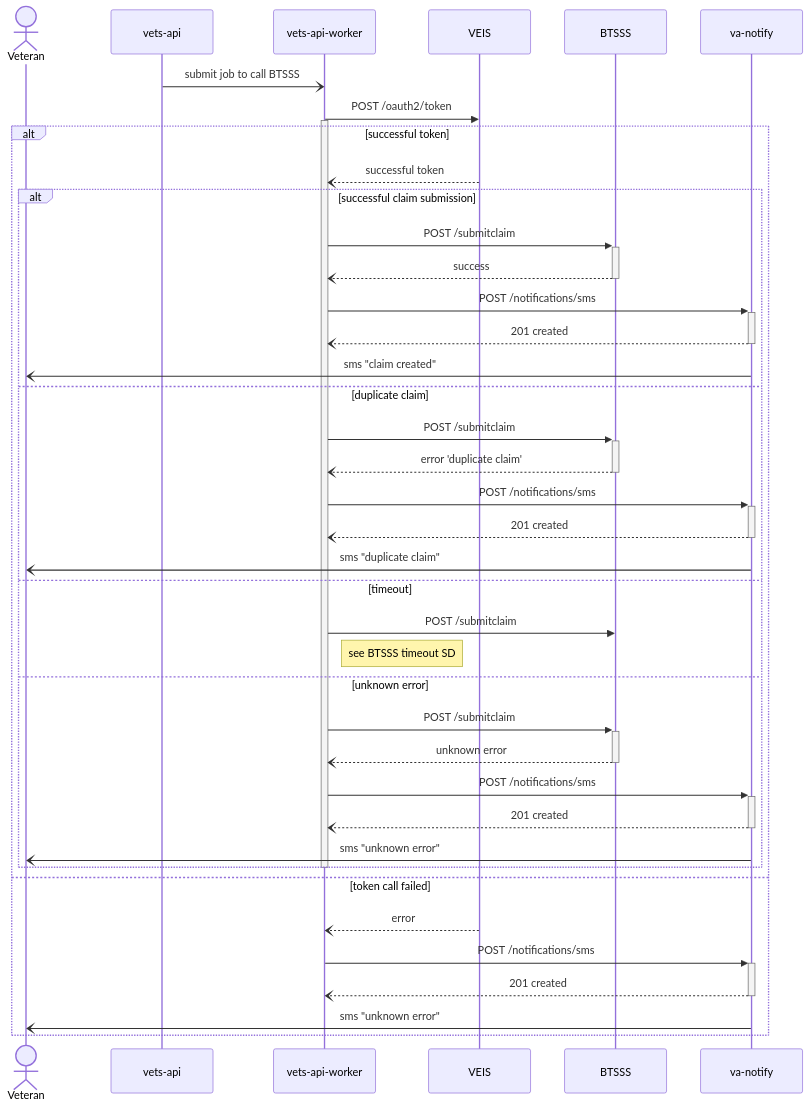
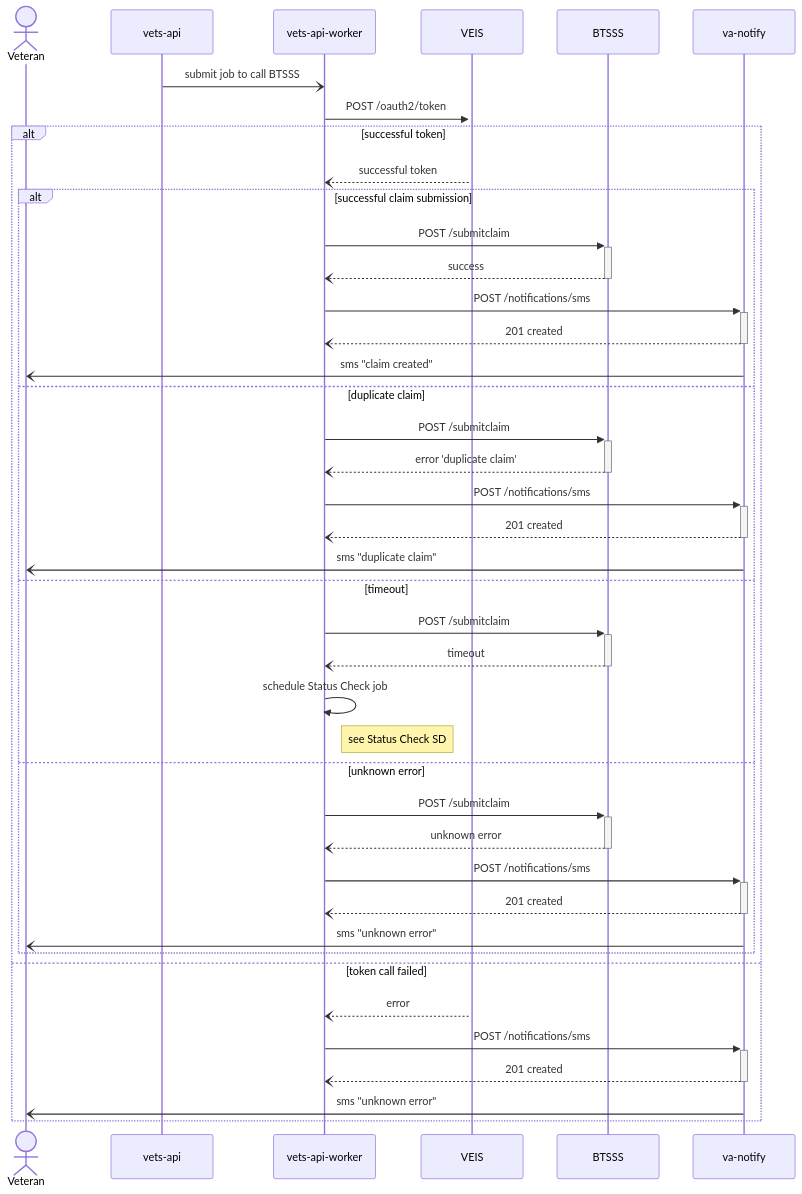
One commit to department-of-veterans-affairs/va.gov-team changed the seventh of 7 diagrams in products/health-care/checkin/engineering/architecture-diagrams/sequenceDiagram_checkInExp.md. Above: the diagram before and after it, drawn with Mermaid.

````diff
--- a/products/health-care/checkin/engineering/architecture-diagrams/sequenceDiagram_checkInExp.md
+++ b/products/health-care/checkin/engineering/architecture-diagrams/sequenceDiagram_checkInExp.md
@@ -418,45 +418,44 @@
 ```mermaid
 sequenceDiagram
   actor vet as Veteran
   participant api as vets-api
   participant vaw as vets-api-worker
   participant veis as VEIS
   participant bt as BTSSS
   participant van as va-notify
 
   api -) vaw: submit job to call BTSSS
-  vaw->>veis: POST /oauth2/token
-  activate vaw
-
+  vaw ->>+ veis: POST /oauth2/token
   alt successful token
-    veis--)vaw: successful token  
+    veis --) vaw: successful token
     alt successful claim submission
-        vaw->>+bt: POST /submitclaim
-        bt--)-vaw: success
-        vaw->>+van: POST /notifications/sms
-        van--)-vaw: 201 created
-        van-)vet: sms "claim created"
+      vaw ->>+ bt: POST /submitclaim
+      bt --)- vaw: success
+      vaw ->>+ van: POST /notifications/sms
+      van --)- vaw: 201 created
+      van -) vet: sms "claim created"
     else duplicate claim
-        vaw->>+bt: POST /submitclaim
-        bt--)-vaw: error 'duplicate claim'
-        vaw->>+van: POST /notifications/sms
-        van--)-vaw: 201 created
-        van-)vet: sms "duplicate claim"
+      vaw ->>+ bt: POST /submitclaim
+      bt --)- vaw: error 'duplicate claim'
+      vaw ->>+ van: POST /notifications/sms
+      van --)- vaw: 201 created
+      van -) vet: sms "duplicate claim"
     else timeout
-        vaw->>bt: POST /submitclaim
-        note right of vaw: see BTSSS timeout SD
+      vaw ->>+ bt: POST /submitclaim
+      bt --)- vaw: timeout
+      vaw ->> vaw: schedule Status Check job
+      note right of vaw: see Status Check SD
     else unknown error
-        vaw->>+bt: POST /submitclaim
-        bt--)-vaw: unknown error
-        vaw->>+van: POST /notifications/sms
-        van--)-vaw: 201 created
-        van-)vet: sms "unknown error"
+      vaw ->>+ bt: POST /submitclaim
+      bt --)- vaw: unknown error
+      vaw ->>+ van: POST /notifications/sms
+      van --)- vaw: 201 created
+      van -) vet: sms "unknown error"
     end
-    deactivate vaw
   else token call failed
-    veis--)vaw: error
-    vaw->>+van: POST /notifications/sms
-    van--)-vaw: 201 created
-    van-)vet: sms "unknown error"
+    veis --) vaw: error
+    vaw ->>+ van: POST /notifications/sms
+    van --)- vaw: 201 created
+    van -) vet: sms "unknown error"
   end
 ```
````
